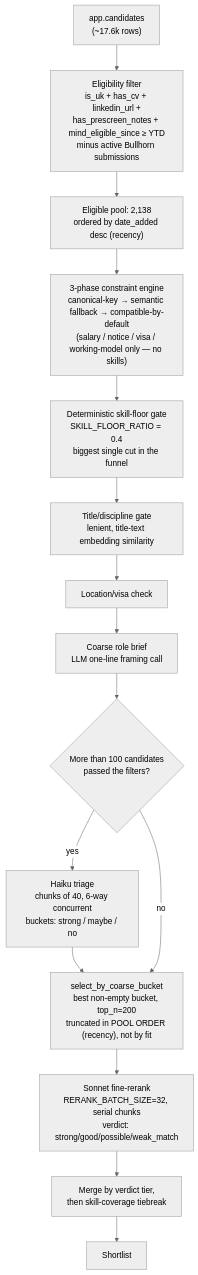
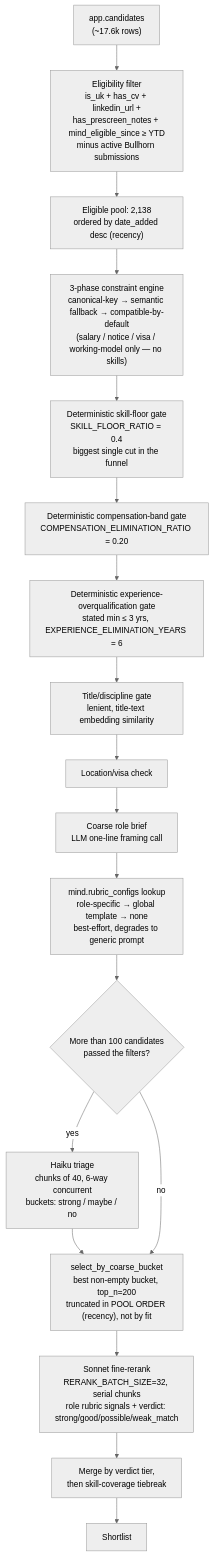
One commit to swelbyboy/rec-engine changed the third of 4 diagrams in CHANGES_VS_MIND_MAIN.md. Above: the diagram before and after it, drawn with Mermaid (neutral theme). The commit also changed other lines of this file and 6 other files, not shown here.

````diff
--- a/CHANGES_VS_MIND_MAIN.md
+++ b/CHANGES_VS_MIND_MAIN.md
@@ -200,17 +220,20 @@
 ```mermaid
 flowchart TD
     A["app.candidates<br/>(~17.6k rows)"] --> B["Eligibility filter<br/>is_uk + has_cv + linkedin_url +<br/>has_prescreen_notes + mind_eligible_since ≥ YTD<br/>minus active Bullhorn submissions"]
     B --> C["Eligible pool: 2,138<br/>ordered by date_added desc (recency)"]
     C --> D["3-phase constraint engine<br/>canonical-key → semantic fallback → compatible-by-default<br/>(salary / notice / visa / working-model only — no skills)"]
     D --> E["Deterministic skill-floor gate<br/>SKILL_FLOOR_RATIO = 0.4<br/>biggest single cut in the funnel"]
-    E --> F["Title/discipline gate<br/>lenient, title-text embedding similarity"]
+    E --> E2["Deterministic compensation-band gate<br/>COMPENSATION_ELIMINATION_RATIO = 0.20"]
+    E2 --> E3["Deterministic experience-overqualification gate<br/>stated min ≤ 3 yrs, EXPERIENCE_ELIMINATION_YEARS = 6"]
+    E3 --> F["Title/discipline gate<br/>lenient, title-text embedding similarity"]
     F --> G["Location/visa check"]
     G --> H["Coarse role brief<br/>LLM one-line framing call"]
-    H --> I{"More than 100 candidates<br/>passed the filters?"}
+    H --> H2["mind.rubric_configs lookup<br/>role-specific → global template → none<br/>best-effort, degrades to generic prompt"]
+    H2 --> I{"More than 100 candidates<br/>passed the filters?"}
     I -- yes --> J["Haiku triage<br/>chunks of 40, 6-way concurrent<br/>buckets: strong / maybe / no"]
     J --> K["select_by_coarse_bucket<br/>best non-empty bucket, top_n=200<br/>truncated in POOL ORDER (recency), not by fit"]
     I -- no --> K
-    K --> L["Sonnet fine-rerank<br/>RERANK_BATCH_SIZE=32, serial chunks<br/>verdict: strong/good/possible/weak_match"]
+    K --> L["Sonnet fine-rerank<br/>RERANK_BATCH_SIZE=32, serial chunks<br/>role rubric signals + verdict: strong/good/possible/weak_match"]
     L --> M["Merge by verdict tier,<br/>then skill-coverage tiebreak"]
     M --> N["Shortlist"]
 ```
````
